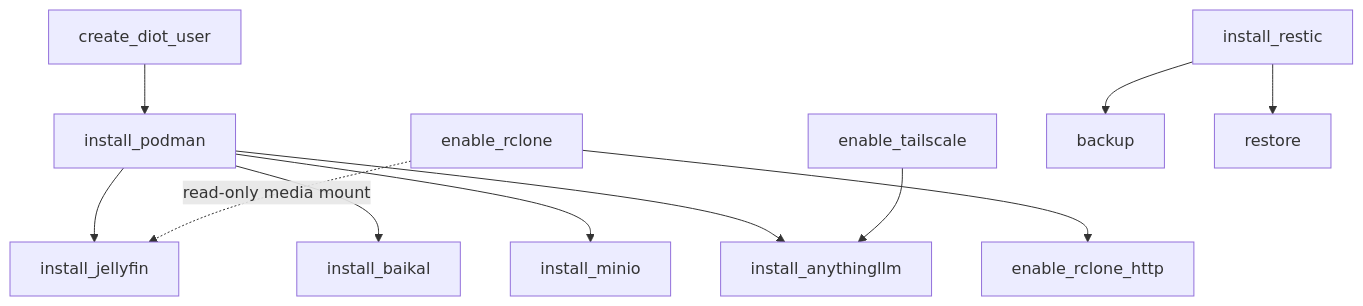
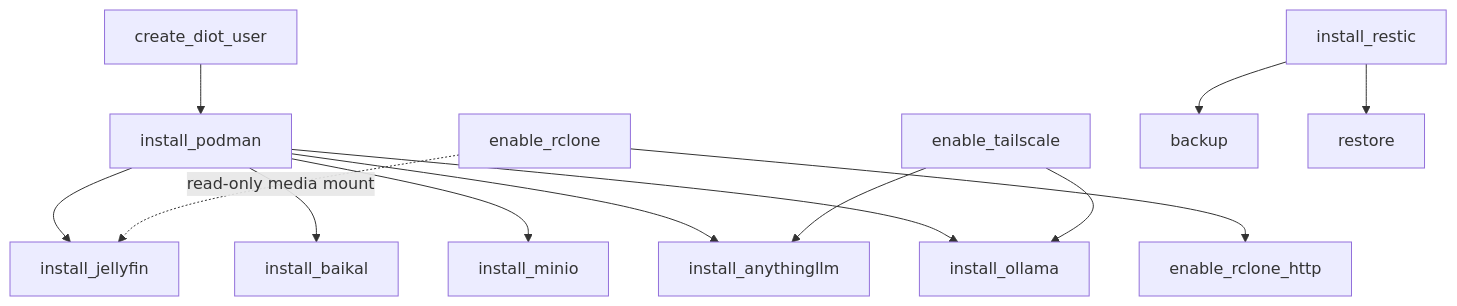
One commit to BinaryBand/strata changed the diagram in README.md. Above: the diagram before and after it, drawn with Mermaid. The commit also changed other lines of this file and 6 other files, not shown here.

````diff
--- a/README.md
+++ b/README.md
@@ -96,13 +96,15 @@
 ```mermaid
 flowchart TD
     diot[create_diot_user] --> podman[install_podman]
     podman --> jellyfin[install_jellyfin]
     rclone[enable_rclone] -. read-only media mount .-> jellyfin
     rclone --> rclone_http[enable_rclone_http]
     podman --> baikal[install_baikal]
     podman --> minio[install_minio]
     podman --> anythingllm[install_anythingllm]
     tailscale[enable_tailscale] --> anythingllm
+    podman --> ollama[install_ollama]
+    tailscale --> ollama
     restic[install_restic] --> backup[backup]
     restic --> restore[restore]
 ```
````
